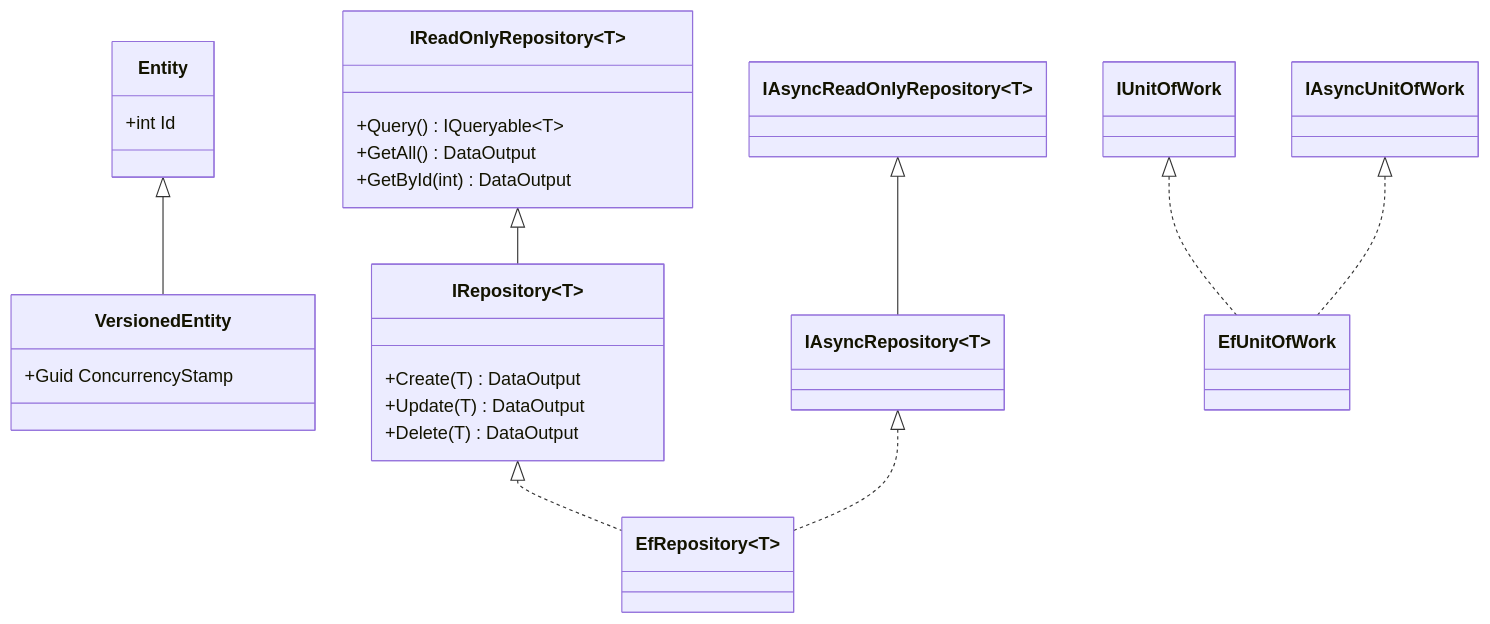
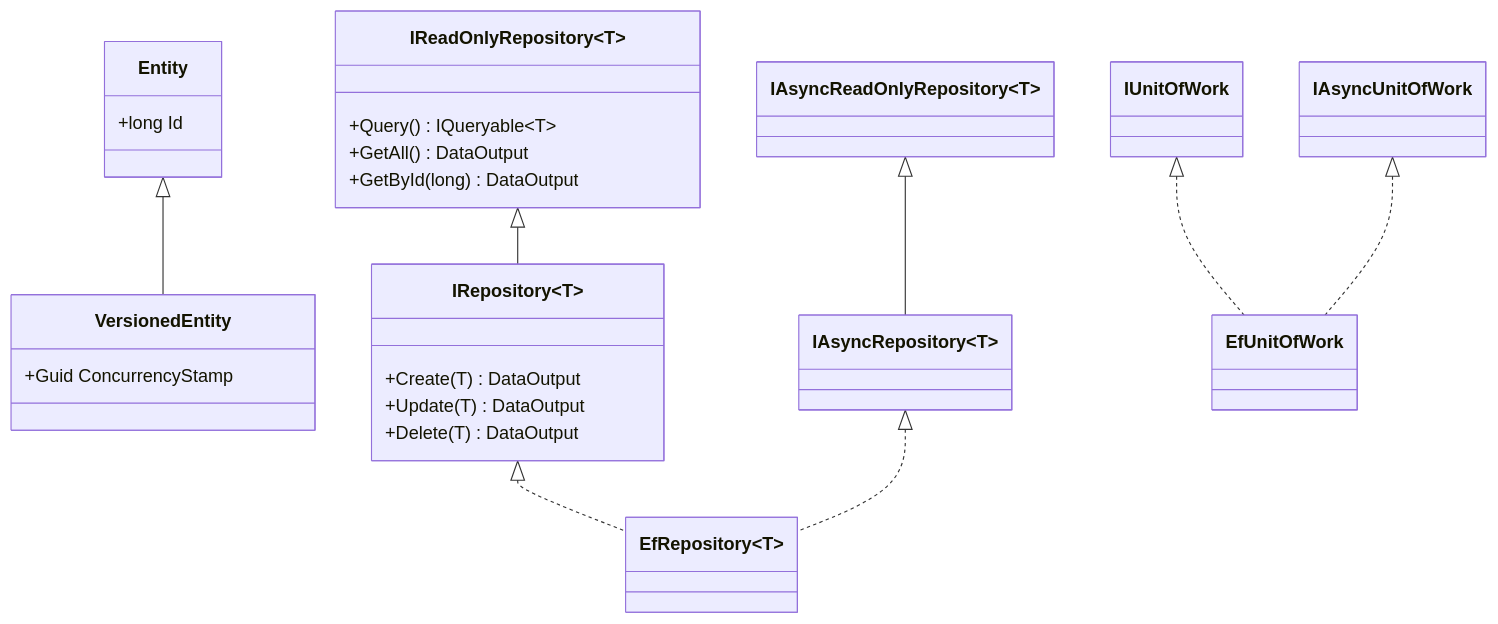
The third of 3 diagrams in README.md (artur-rios/dotnet-data), drawn with Mermaid before and after one commit. The commit also changed 15 other files, not shown here.

````diff
--- a/README.md
+++ b/README.md
@@ -207,31 +207,31 @@
 ```mermaid
 classDiagram
-    class Entity { +int Id }
+    class Entity { +long Id }
     class VersionedEntity { +Guid ConcurrencyStamp }
     Entity <|-- VersionedEntity
 
     class IReadOnlyRepository~T~ {
         +Query() IQueryable~T~
         +GetAll() DataOutput
-        +GetById(int) DataOutput
+        +GetById(long) DataOutput
     }
     class IRepository~T~ {
         +Create(T) DataOutput
         +Update(T) DataOutput
         +Delete(T) DataOutput
     }
     class IAsyncReadOnlyRepository~T~
     class IAsyncRepository~T~
     class EfRepository~T~
 
     IReadOnlyRepository <|-- IRepository
     IAsyncReadOnlyRepository <|-- IAsyncRepository
     IRepository <|.. EfRepository
     IAsyncRepository <|.. EfRepository
 
     class IUnitOfWork
     class IAsyncUnitOfWork
     class EfUnitOfWork
     IUnitOfWork <|.. EfUnitOfWork
     IAsyncUnitOfWork <|.. EfUnitOfWork
 ```
````
